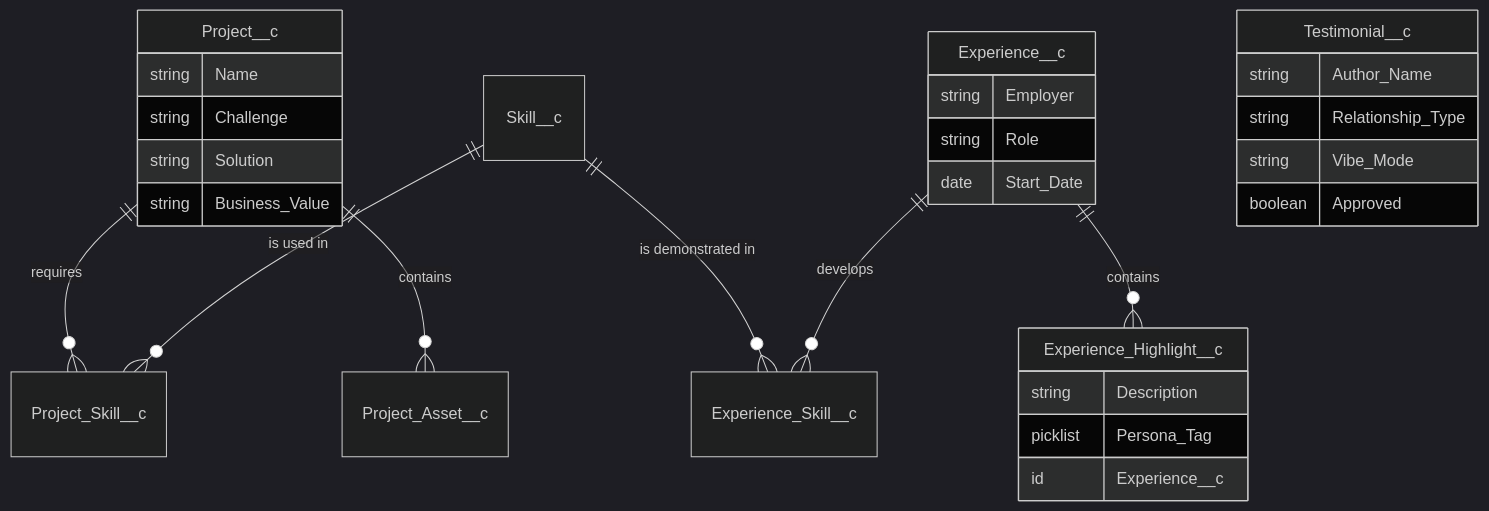
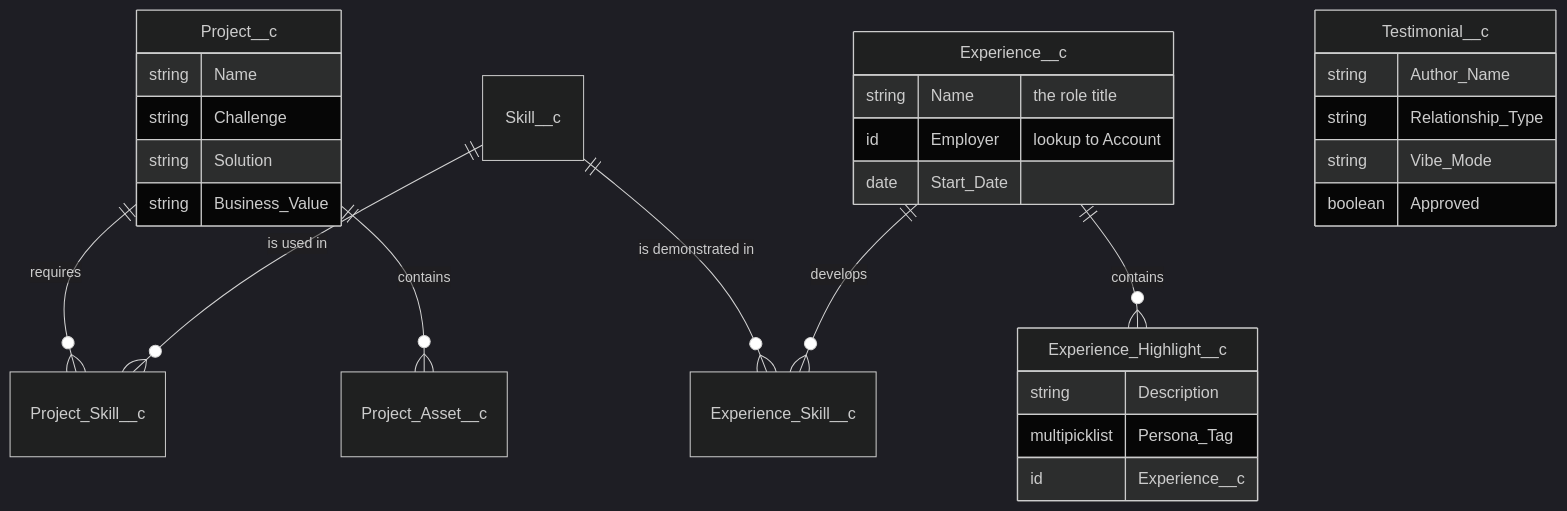
One commit to rdbumstead/salesforce-platform-architect-portfolio changed the third of 5 diagrams in docs/guides/03-SAS.md. Above: the diagram before and after it, drawn with Mermaid (dark theme). The commit also changed other lines of this file, not shown here.

First line of the commit message:
docs(sas): correct the security matrix, the API appendix and the schema to the source

````diff
--- a/docs/guides/03-SAS.md
+++ b/docs/guides/03-SAS.md
@@ -247,35 +249,35 @@
 ```mermaid
 erDiagram
     Project__c ||--o{ Project_Skill__c : "requires"
     Project__c ||--o{ Project_Asset__c : "contains"
     Skill__c ||--o{ Project_Skill__c : "is used in"
     Skill__c ||--o{ Experience_Skill__c : "is demonstrated in"
     Experience__c ||--o{ Experience_Skill__c : "develops"
     Experience__c ||--o{ Experience_Highlight__c : "contains"
 
     Testimonial__c {
         string Author_Name
         string Relationship_Type
         string Vibe_Mode
         boolean Approved
     }
 
     Project__c {
         string Name
         string Challenge
         string Solution
         string Business_Value
     }
 
     Experience__c {
-        string Employer
-        string Role
+        string Name "the role title"
+        id Employer "lookup to Account"
         date Start_Date
     }
 
     Experience_Highlight__c {
         string Description
-        picklist Persona_Tag
+        multipicklist Persona_Tag
         id Experience__c
     }
 ```
````
